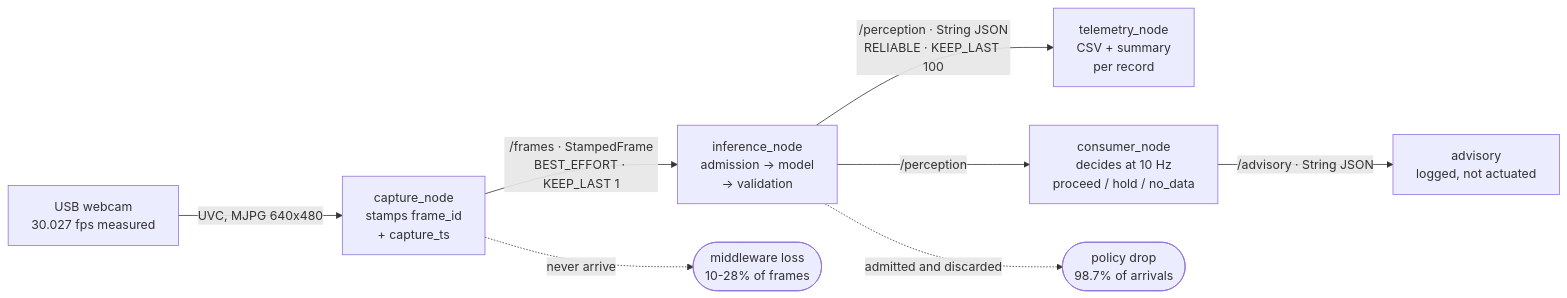
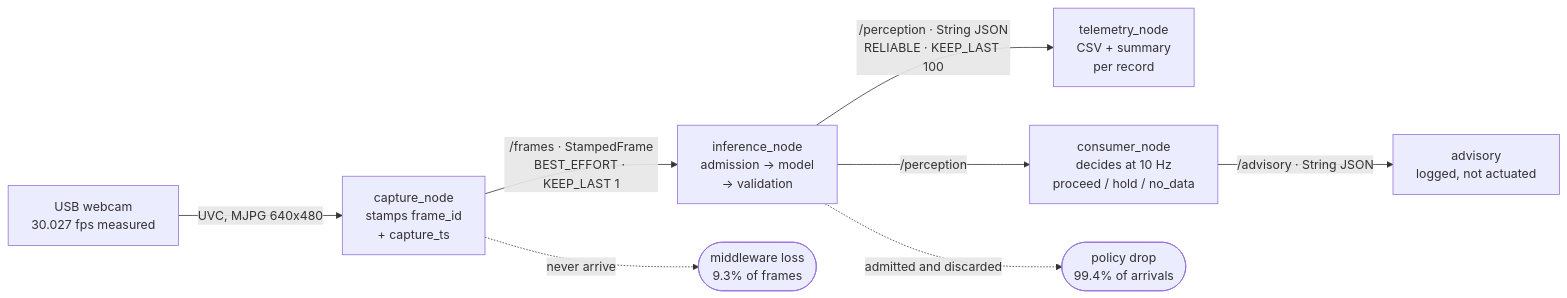
Before and after one commit to vivh3/edge-inference-pipeline: the diagram in docs/ARCHITECTURE.md, drawn with Mermaid. The commit also changed other lines of this file and 23 other files, not shown here.

````diff
--- a/docs/ARCHITECTURE.md
+++ b/docs/ARCHITECTURE.md
@@ -56,18 +56,18 @@
 ```mermaid
 flowchart LR
     cam["USB webcam<br/>30.027 fps measured"]
     cap["capture_node<br/>stamps frame_id<br/>+ capture_ts"]
     inf["inference_node<br/>admission -> model<br/>-> validation"]
     tel["telemetry_node<br/>CSV + summary<br/>per record"]
     con["consumer_node<br/>decides at 10 Hz<br/>proceed / hold / no_data"]
-    mw(["middleware loss<br/>10-28% of frames"])
-    pol(["policy drop<br/>98.7% of arrivals"])
+    mw(["middleware loss<br/>9.3% of frames"])
+    pol(["policy drop<br/>99.4% of arrivals"])
 
     cam -->|"UVC, MJPG 640x480"| cap
     cap -->|"/frames · StampedFrame<br/>BEST_EFFORT · KEEP_LAST 1"| inf
     inf -->|"/perception · String JSON<br/>RELIABLE · KEEP_LAST 100"| tel
     inf -->|"/perception"| con
     con -->|"/advisory · String JSON"| out["advisory<br/>logged, not actuated"]
     cap -.->|"never arrive"| mw
     inf -.->|"admitted and discarded"| pol
 ```
````
